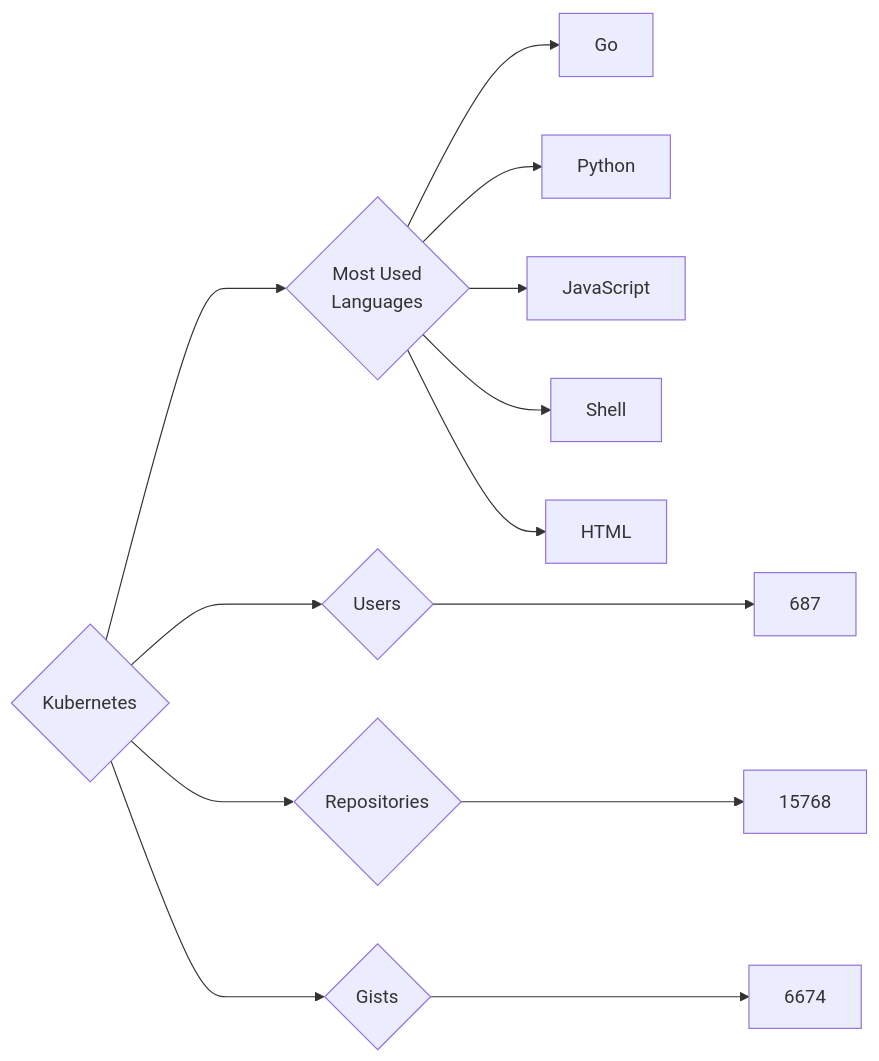
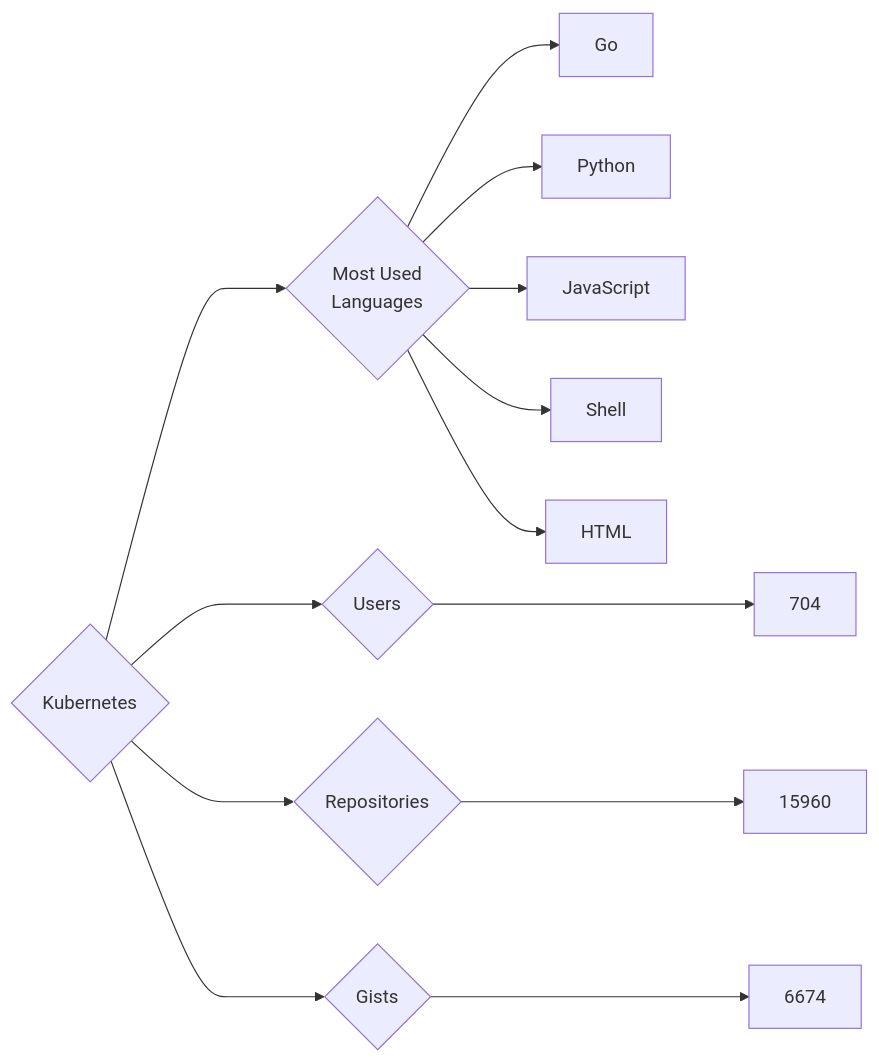
Before and after one commit to trickest/insiders: the diagram in targets/Kubernetes/README.md, drawn with Mermaid. The commit also changed 681 other files, not shown here.

````diff
--- a/targets/Kubernetes/README.md
+++ b/targets/Kubernetes/README.md
@@ -3,13 +3,13 @@
 ```mermaid
 graph LR
 COMPANY_NAME{Kubernetes}
-COMPANY_NAME ---> U{Users} ---> UN[687]
-COMPANY_NAME ---> R{Repositories} ---> RN[15768]
+COMPANY_NAME ---> U{Users} ---> UN[704]
+COMPANY_NAME ---> R{Repositories} ---> RN[15960]
 COMPANY_NAME ---> G{Gists} ---> GN[6674]
 COMPANY_NAME ---> ML{Most Used<br>Languages}
 ML --> Go[Go]
 ML --> Python[Python]
 ML --> JavaScript[JavaScript]
 ML --> Shell[Shell]
 ML --> HTML[HTML]
 ```
````
